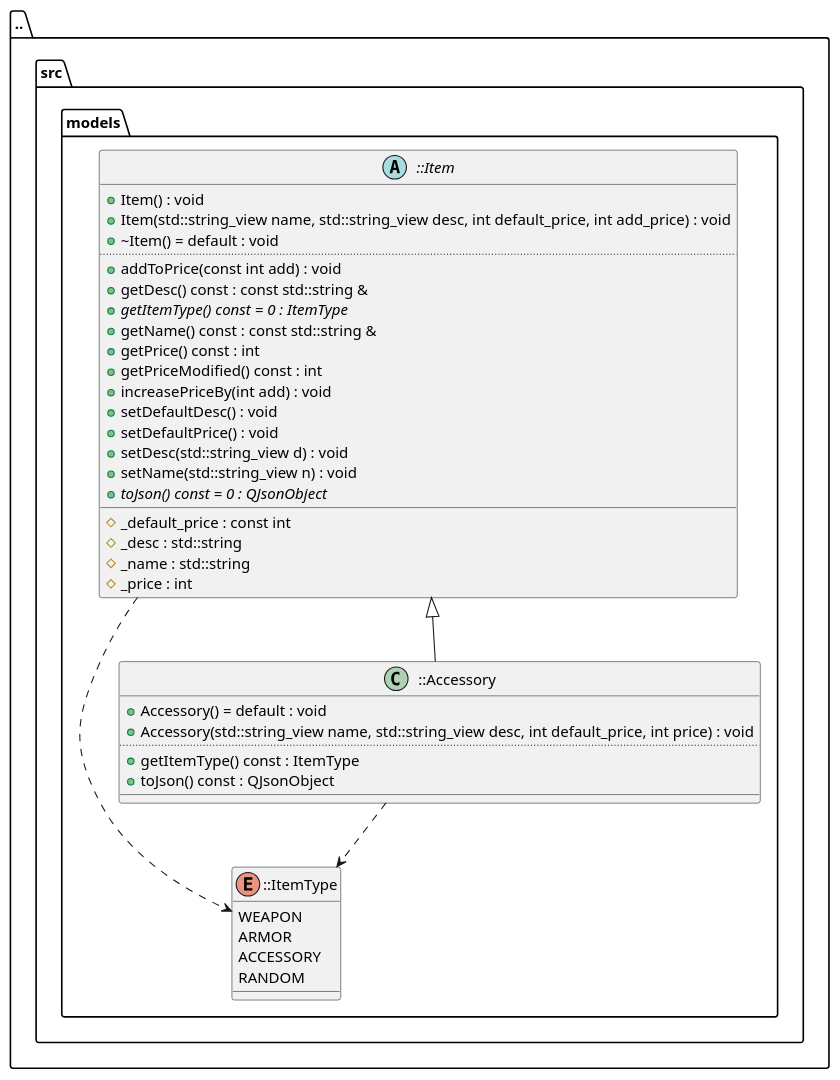
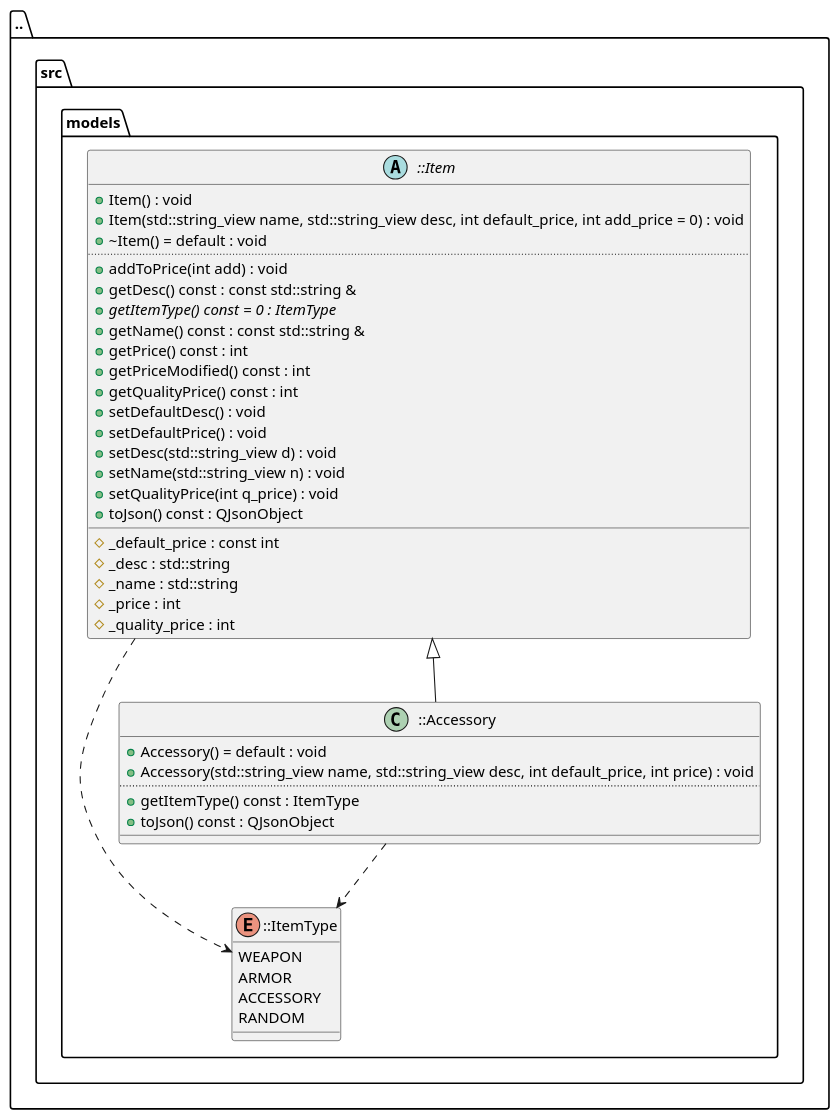
Before and after one commit to FasolowySpioch/faubla-ultima-item-generator: the diagram in docs/diagrams/Accessory_diagram.puml, drawn with PlantUML. The commit also changed 36 other files, not shown here.

Commit message:
diagrams

```diff
--- a/docs/diagrams/Accessory_diagram.puml
+++ b/docs/diagrams/Accessory_diagram.puml
@@ -1,54 +1,56 @@
 @startuml
 package [..] as C_0016431317663134048372 {
 package [src] as C_0010634688166860467214 {
 package [models] as C_0001626712604113445200 {
 enum "::ItemType" as C_0009506588567340924694
 enum C_0009506588567340924694 {
 WEAPON
 ARMOR
 ACCESSORY
 RANDOM
 }
 abstract "::Item" as C_0005967165952864249862
 abstract C_0005967165952864249862 {
 +Item() : void
-+Item(std::string_view name, std::string_view desc, int default_price, int add_price) : void
++Item(std::string_view name, std::string_view desc, int default_price, int add_price = 0) : void
 +~Item() = default : void
 ..
-+addToPrice(const int add) : void
++addToPrice(int add) : void
 +getDesc() const : const std::string &
 {abstract} +getItemType() const = 0 : ItemType
 +getName() const : const std::string &
 +getPrice() const : int
 +getPriceModified() const : int
-+increasePriceBy(int add) : void
++getQualityPrice() const : int
 +setDefaultDesc() : void
 +setDefaultPrice() : void
 +setDesc(std::string_view d) : void
 +setName(std::string_view n) : void
-{abstract} +toJson() const = 0 : QJsonObject
++setQualityPrice(int q_price) : void
++toJson() const : QJsonObject
 __
 #_default_price : const int
 #_desc : std::string
 #_name : std::string
 #_price : int
+#_quality_price : int
 }
 class "::Accessory" as C_0001733752998306711321
 class C_0001733752998306711321 {
 +Accessory() = default : void
 +Accessory(std::string_view name, std::string_view desc, int default_price, int price) : void
 ..
 +getItemType() const : ItemType
 +toJson() const : QJsonObject
 __
 }
 }
 }
 }
 C_0005967165952864249862 ..> C_0009506588567340924694
 C_0001733752998306711321 ..> C_0009506588567340924694
 C_0005967165952864249862 <|-- C_0001733752998306711321
 
 'Generated with clang-uml, version 0.6.2
 'LLVM version clang version 20.1.7 (https://github.com/llvm/llvm-project.git 6146a88f60492b520a36f8f8f3231e15f3cc6082)
 @enduml
```
